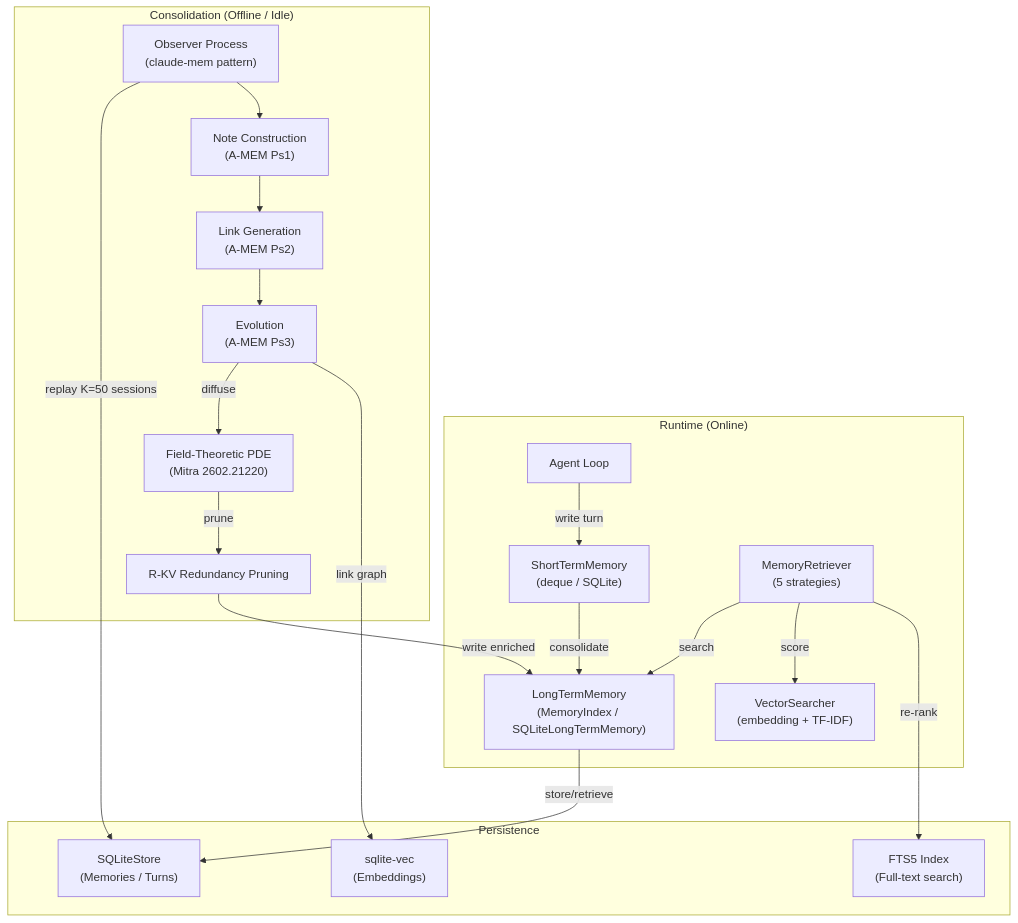
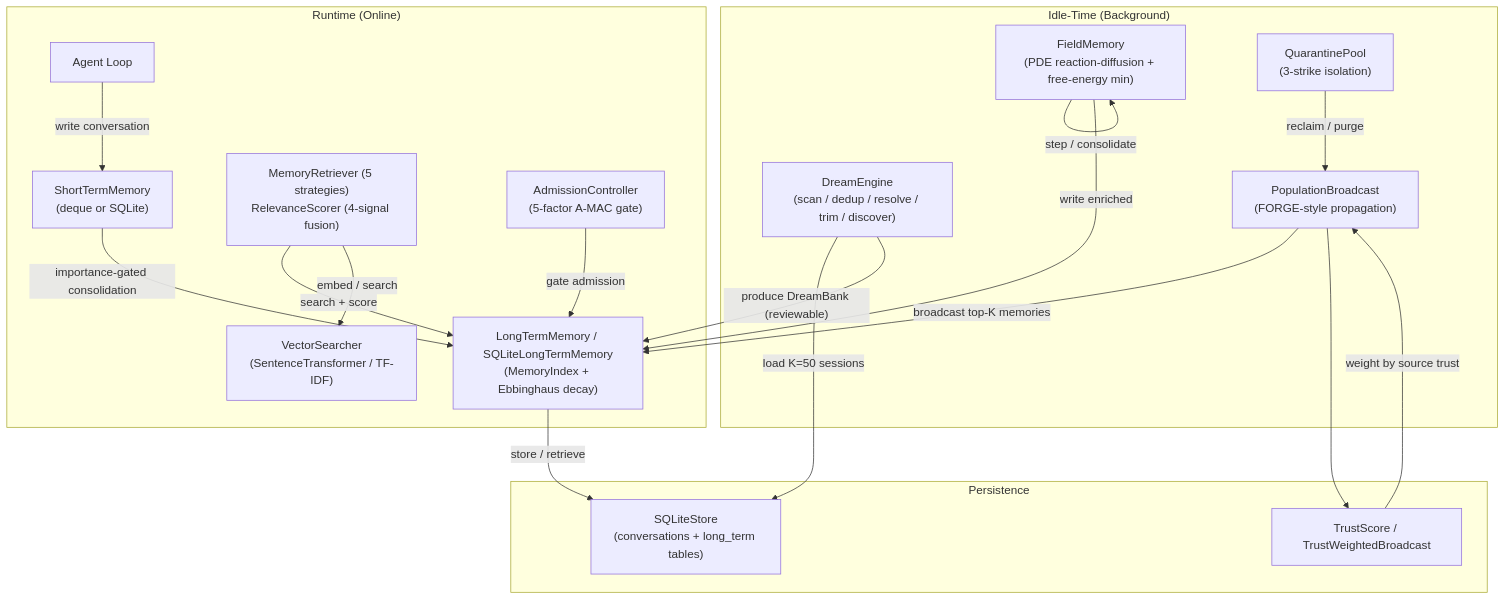
The second of 2 diagrams in docs/innovations/memory.md (ndqkhanh/lyra), drawn with Mermaid before and after one commit. The commit also changed other lines of this file and 23 other files, not shown here.

````diff
--- a/docs/innovations/memory.md
+++ b/docs/innovations/memory.md
@@ -47,39 +120,39 @@
 ```mermaid
 graph TB
     subgraph Runtime["Runtime (Online)"]
         AGENT["Agent Loop"]
-        STM["ShortTermMemory<br/>(deque / SQLite)"]
-        LTM["LongTermMemory<br/>(MemoryIndex / SQLiteLongTermMemory)"]
-        RET["MemoryRetriever<br/>(5 strategies)"]
-        VEC["VectorSearcher<br/>(embedding + TF-IDF)"]
+        STM["ShortTermMemory<br/>(deque or SQLite)"]
+        LTM["LongTermMemory / SQLiteLongTermMemory<br/>(MemoryIndex + Ebbinghaus decay)"]
+        RET["MemoryRetriever (5 strategies)<br/>RelevanceScorer (4-signal fusion)"]
+        VEC["VectorSearcher<br/>(SentenceTransformer / TF-IDF)"]
+        ADM["AdmissionController<br/>(5-factor A-MAC gate)"]
     end
 
-    subgraph Consolidation["Consolidation (Offline / Idle)"]
-        OBS["Observer Process<br/>(claude-mem pattern)"]
-        EXT["Note Construction<br/>(A-MEM Ps1)"]
-        LINK["Link Generation<br/>(A-MEM Ps2)"]
-        EVOL["Evolution<br/>(A-MEM Ps3)"]
-        FIELD["Field-Theoretic PDE<br/>(Mitra 2602.21220)"]
-        PRUNE["R-KV Redundancy Pruning"]
+    subgraph Idle["Idle-Time (Background)"]
+        DREAM["DreamEngine<br/>(scan / dedup / resolve / trim / discover)"]
+        FIELD["FieldMemory<br/>(PDE reaction-diffusion + free-energy min)"]
+        POP["PopulationBroadcast<br/>(FORGE-style propagation)"]
+        QUAR["QuarantinePool<br/>(3-strike isolation)"]
     end
 
-    subgraph Storage["Persistence"]
-        SQL["SQLiteStore<br/>(Memories / Turns)"]
-        VECDB["sqlite-vec<br/>(Embeddings)"]
-        FTS["FTS5 Index<br/>(Full-text search)"]
+    subgraph Persistence["Persistence"]
+        SQL["SQLiteStore<br/>(conversations + long_term tables)"]
+        TRUST["TrustScore / TrustWeightedBroadcast"]
     end
 
-    AGENT -->|"write turn"| STM
-    STM -->|"consolidate"| LTM
-    LTM -->|"store/retrieve"| SQL
-    RET -->|"search"| LTM
-    RET -->|"score"| VEC
-    RET -->|"re-rank"| FTS
+    AGENT -->|"write conversation"| STM
+    STM -->|"importance-gated consolidation"| LTM
+    ADM -->|"gate admission"| LTM
+    RET -->|"search + score"| LTM
+    RET -->|"embed / search"| VEC
+    LTM -->|"store / retrieve"| SQL
 
-    OBS -->|"replay K=50 sessions"| SQL
-    OBS --> EXT --> LINK --> EVOL
-    EVOL -->|"diffuse"| FIELD
-    FIELD -->|"prune"| PRUNE
-    PRUNE -->|"write enriched"| LTM
-    EVOL -->|"link graph"| VECDB
+    DREAM -->|"load K=50 sessions"| SQL
+    DREAM -->|"produce DreamBank (reviewable)"| LTM
+    FIELD -->|"step / consolidate"| FIELD
+    FIELD -->|"write enriched"| LTM
+    POP -->|"broadcast top-K memories"| LTM
+    POP --> TRUST
+    TRUST -->|"weight by source trust"| POP
+    QUAR -->|"reclaim / purge"| POP
 ```
````
